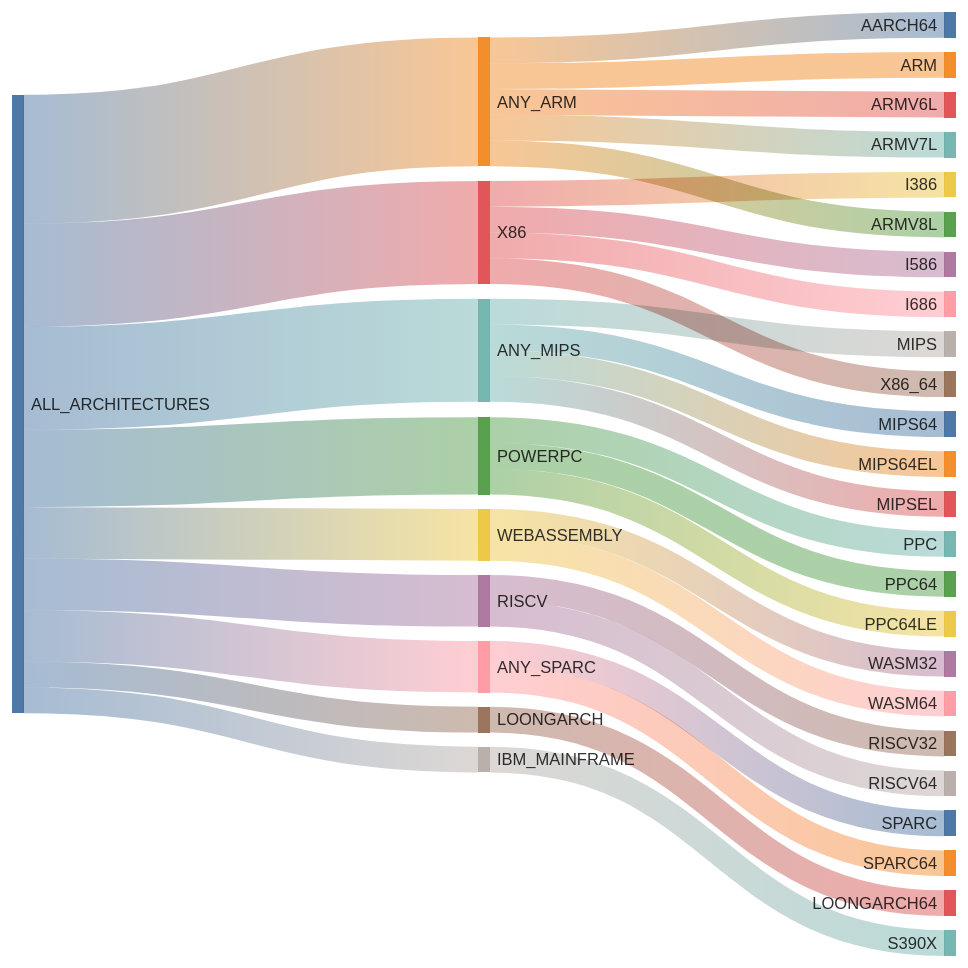
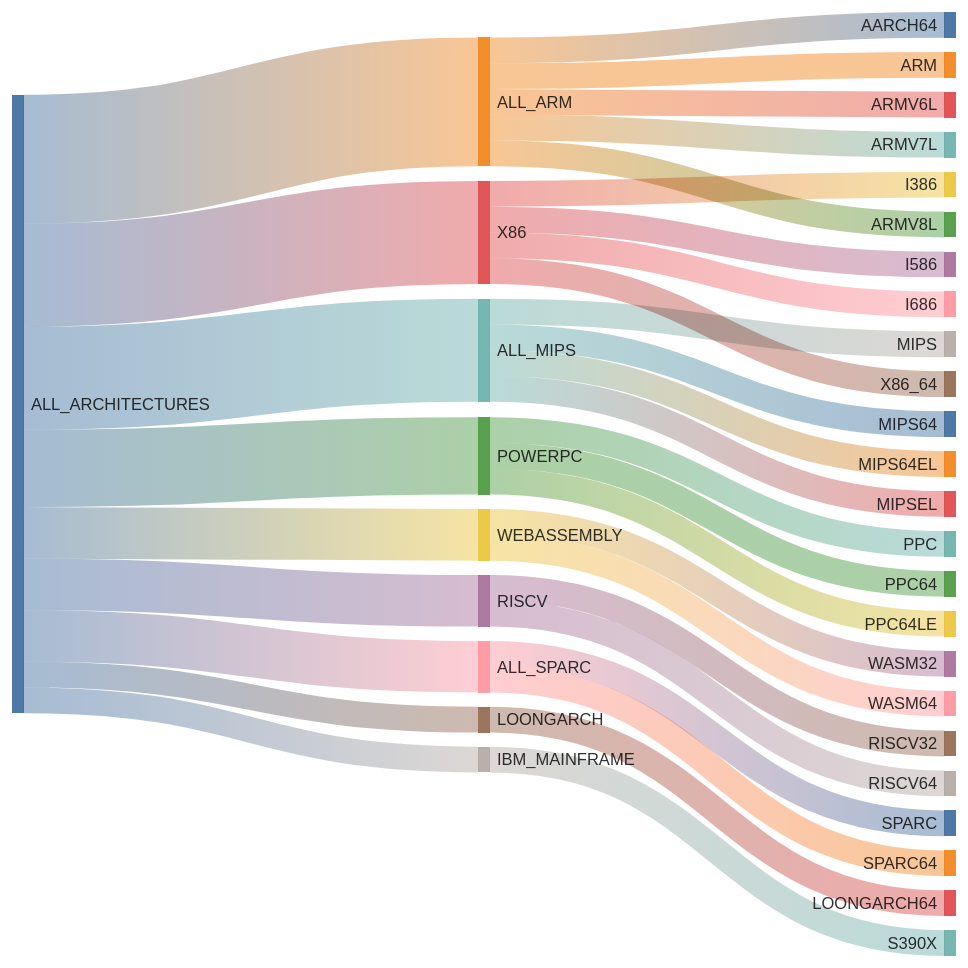
One commit to kdeldycke/extra-platforms changed the first of 4 diagrams in docs/architectures.md. Above: the diagram before and after it, drawn with Mermaid. The commit also changed other lines of this file and 20 other files, not shown here.

Commit message:
Rationalize ANY/ALL prefixes

````diff
--- a/docs/architectures.md
+++ b/docs/architectures.md
@@ -117,40 +117,40 @@
 ```mermaid
 ---
 config: {"sankey": {"showValues": false, "width": 800, "height": 800}}
 ---
 sankey-beta
 
-ALL_ARCHITECTURES,ANY_ARM,5
+ALL_ARCHITECTURES,ALL_ARM,5
 ALL_ARCHITECTURES,X86,4
-ALL_ARCHITECTURES,ANY_MIPS,4
+ALL_ARCHITECTURES,ALL_MIPS,4
 ALL_ARCHITECTURES,POWERPC,3
 ALL_ARCHITECTURES,WEBASSEMBLY,2
 ALL_ARCHITECTURES,RISCV,2
-ALL_ARCHITECTURES,ANY_SPARC,2
+ALL_ARCHITECTURES,ALL_SPARC,2
 ALL_ARCHITECTURES,LOONGARCH,1
 ALL_ARCHITECTURES,IBM_MAINFRAME,1
-ANY_ARM,AARCH64,1
-ANY_ARM,ARM,1
-ANY_ARM,ARMV6L,1
-ANY_ARM,ARMV7L,1
-ANY_ARM,ARMV8L,1
+ALL_ARM,AARCH64,1
+ALL_ARM,ARM,1
+ALL_ARM,ARMV6L,1
+ALL_ARM,ARMV7L,1
+ALL_ARM,ARMV8L,1
 X86,I386,1
 X86,I586,1
 X86,I686,1
 X86,X86_64,1
-ANY_MIPS,MIPS,1
-ANY_MIPS,MIPS64,1
-ANY_MIPS,MIPS64EL,1
-ANY_MIPS,MIPSEL,1
+ALL_MIPS,MIPS,1
+ALL_MIPS,MIPS64,1
+ALL_MIPS,MIPS64EL,1
+ALL_MIPS,MIPSEL,1
 POWERPC,PPC,1
 POWERPC,PPC64,1
 POWERPC,PPC64LE,1
 WEBASSEMBLY,WASM32,1
 WEBASSEMBLY,WASM64,1
 RISCV,RISCV32,1
 RISCV,RISCV64,1
-ANY_SPARC,SPARC,1
-ANY_SPARC,SPARC64,1
+ALL_SPARC,SPARC,1
+ALL_SPARC,SPARC64,1
 LOONGARCH,LOONGARCH64,1
 IBM_MAINFRAME,S390X,1
 ```
````
